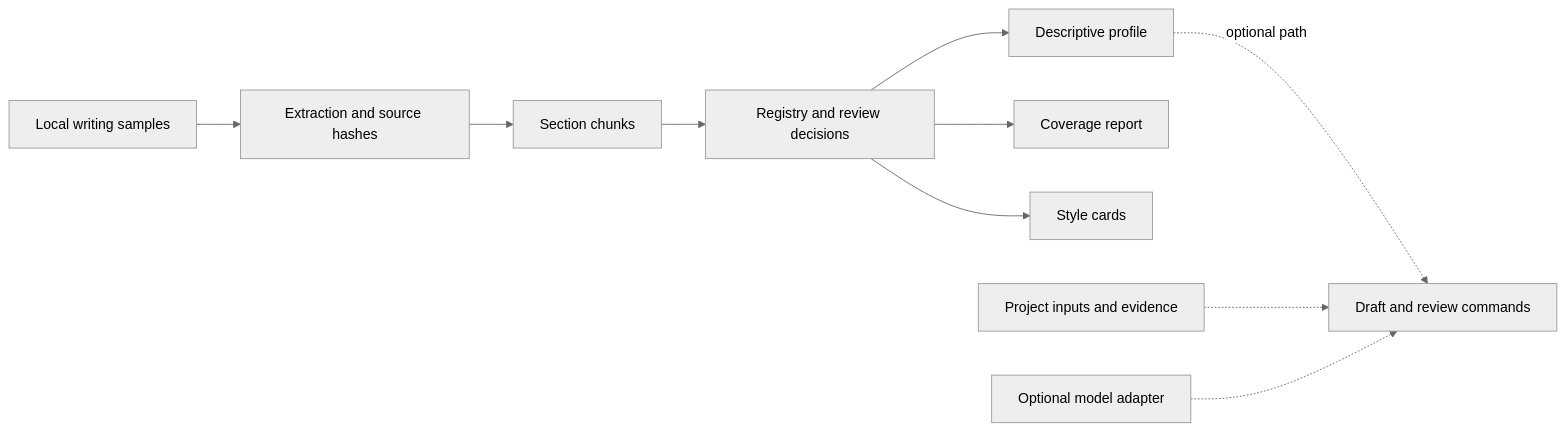
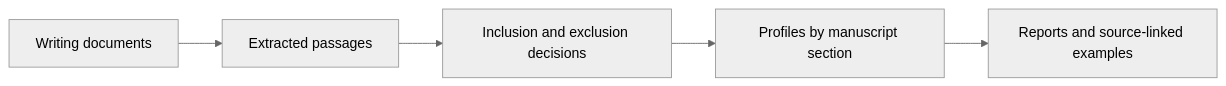
The diagram in README.md (ericrosenn1/manuscriptforge), drawn with Mermaid (neutral theme) before and after one commit. The commit also changed other lines of this file and 12 other files, not shown here.

````diff
--- a/README.md
+++ b/README.md
@@ -52,12 +52,7 @@
 ```mermaid
 flowchart LR
-    S[Local writing samples] --> E[Extraction and source hashes]
-    E --> C[Section chunks]
-    C --> R[Registry and review decisions]
-    R --> P[Descriptive profile]
-    R --> V[Coverage report]
-    R --> K[Style cards]
-    P -. optional path .-> D[Draft and review commands]
-    I[Project inputs and evidence] -.-> D
-    L[Optional model adapter] -.-> D
+    S[Writing documents] --> E[Extracted passages]
+    E --> C[Inclusion and exclusion decisions]
+    C --> P[Profiles by manuscript section]
+    P --> R[Reports and source-linked examples]
 ```
````
